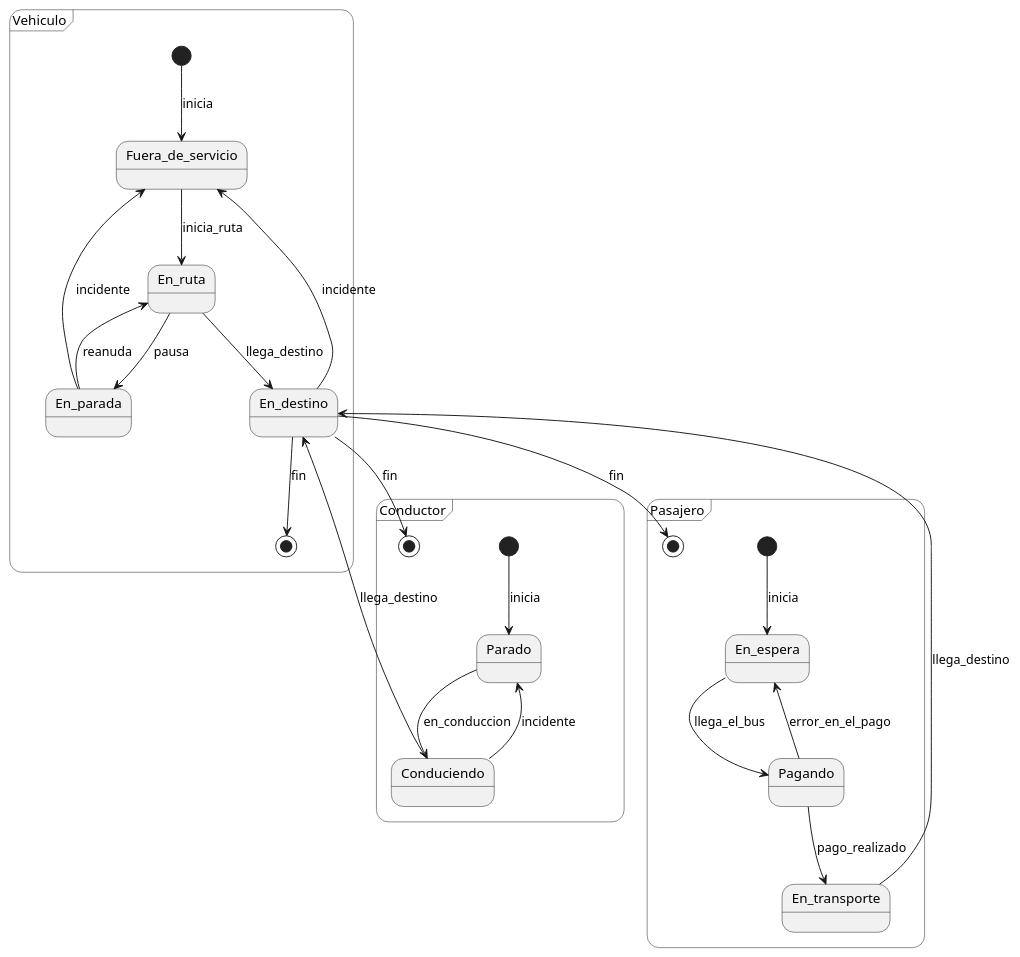
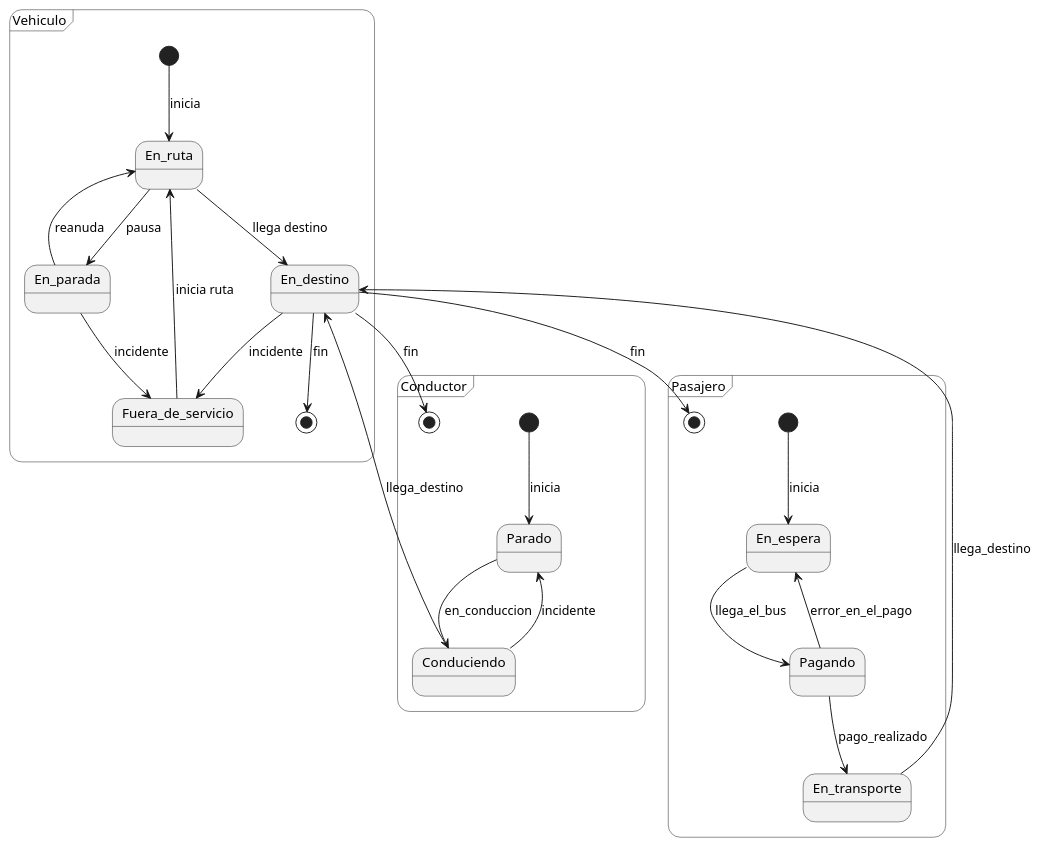
The diagram in modelosUML/actividadPostParcial/diagramaEstados.puml (Ingenieria-Informatica-UNEATLANTICO/app-actividad-post-parcial-nekiiiiis), drawn with PlantUML before and after one commit. The commit also changed 3 other files, not shown here.

```diff
--- a/modelosUML/actividadPostParcial/diagramaEstados.puml
+++ b/modelosUML/actividadPostParcial/diagramaEstados.puml
@@ -1,29 +1,32 @@
 @startuml
 frame Vehiculo {
-    [*] --> Fuera_de_servicio : inicia
-    Fuera_de_servicio --> En_ruta : inicia_ruta
+    [*] --> En_ruta : inicia
+    Fuera_de_servicio --> En_ruta : inicia ruta
     En_ruta --> En_parada : pausa
     En_parada --> En_ruta : reanuda
-    En_ruta --> En_destino : llega_destino
+    En_ruta --> En_destino : llega destino
     En_destino --> Fuera_de_servicio : incidente
     En_parada --> Fuera_de_servicio : incidente
     En_destino --> [*] : fin
 }
 
 frame Conductor {
     [*] --> Parado : inicia
     Parado --> Conduciendo : en_conduccion
     Conduciendo --> En_destino : llega_destino
     Conduciendo --> Parado : incidente
     En_destino --> [*] : fin
 }
 
 frame Pasajero {
     [*] --> En_espera : inicia
     En_espera --> Pagando : llega_el_bus
     Pagando --> En_espera : error_en_el_pago
     Pagando --> En_transporte : pago_realizado
     En_transporte --> En_destino : llega_destino
     En_destino --> [*] : fin
 }
+
+
+
 @enduml
```
